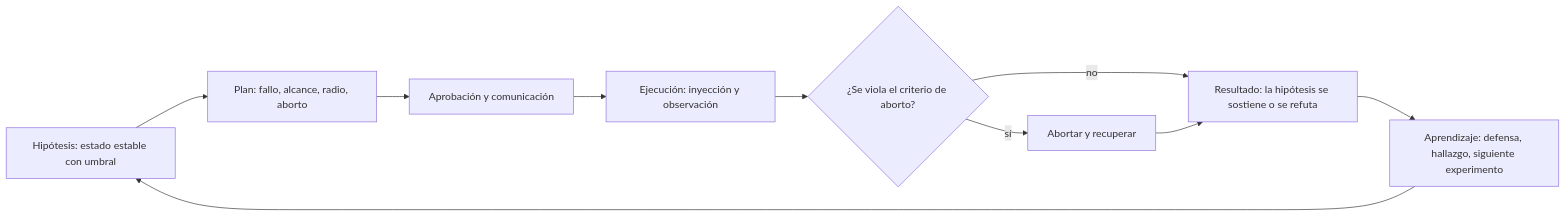
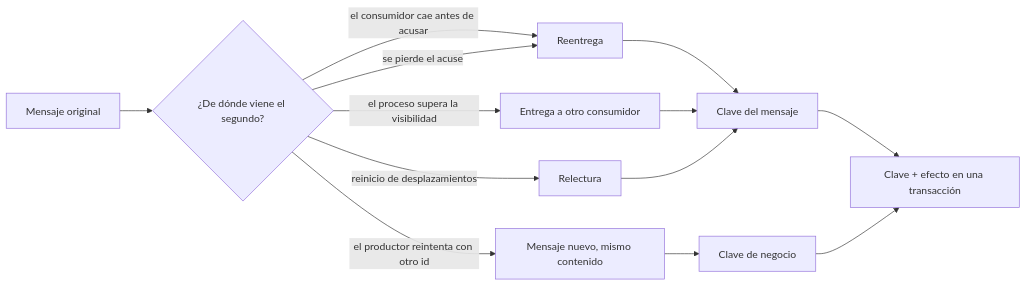
One commit to vladimiracunadev-create/modern-software-engineering-program changed the diagram in content/part-31/SE-383.md. Above: the diagram before and after it, drawn with Mermaid. The commit also changed other lines of this file and 5193 other files, not shown here.

````diff
--- a/content/part-31/SE-383.md
+++ b/content/part-31/SE-383.md
@@ -54,12 +55,15 @@
 ```mermaid
 flowchart LR
-    A[Hipótesis: estado estable con umbral] --> B[Plan: fallo, alcance, radio, aborto]
-    B --> C[Aprobación y comunicación]
-    C --> D[Ejecución: inyección y observación]
-    D --> E{¿Se viola el criterio de aborto?}
-    E -->|sí| F[Abortar y recuperar]
-    E -->|no| G[Resultado: la hipótesis se sostiene o se refuta]
+    A[Mensaje original] --> B{¿De dónde viene el segundo?}
+    B -->|el consumidor cae antes de acusar| C[Reentrega]
+    B -->|se pierde el acuse| C
+    B -->|el productor reintenta con otro id| D[Mensaje nuevo, mismo contenido]
+    B -->|el proceso supera la visibilidad| E[Entrega a otro consumidor]
+    B -->|reinicio de desplazamientos| F[Relectura]
+    C --> G[Clave del mensaje]
+    D --> H[Clave de negocio]
+    E --> G
     F --> G
-    G --> H[Aprendizaje: defensa, hallazgo, siguiente experimento]
-    H --> A
+    G --> I[Clave + efecto en una transacción]
+    H --> I
 ```
````
